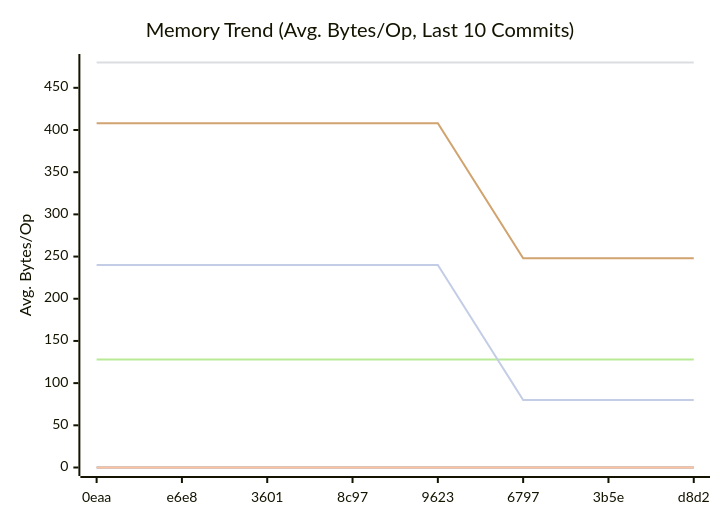
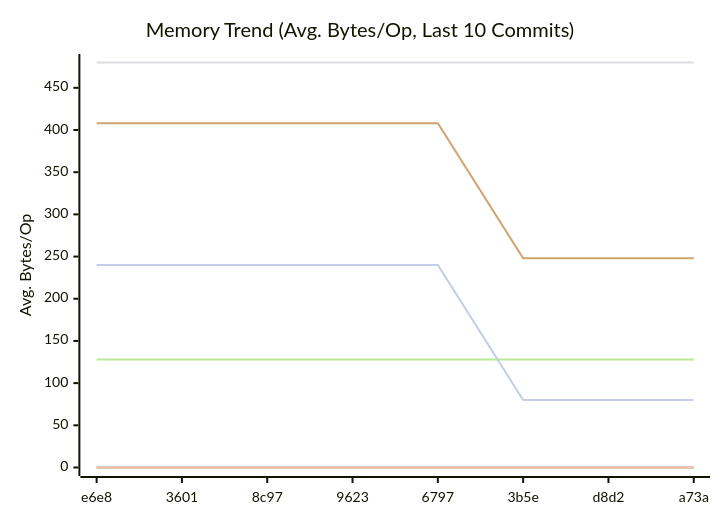
One commit to alsotoes/momo changed the second of 3 diagrams in docs/README.md. Above: the diagram before and after it, drawn with Mermaid. The commit also changed other lines of this file and 1 other file, not shown here.

````diff
--- a/docs/README.md
+++ b/docs/README.md
@@ -318,14 +318,14 @@
 ```mermaid
 xychart-beta
     title "Memory Trend (Avg. Bytes/Op, Last 10 Commits)"
     x-axis "Commit"
     y-axis "Avg. Bytes/Op"
-    x-axis [0eaa,e6e8,3601,8c97,9623,6797,3b5e,d8d2]
+    x-axis [e6e8,3601,8c97,9623,6797,3b5e,d8d2,a73a]
     line "CheckMetricsAndSwap" [0,0,0,0,0,0,0,0,0,0]
     line "IndexDirectTracking" [0,0,0,0,0,0,0,0,0,0]
     line "IndexSearch" [0,0,0,0,0,0,0,0,0,0]
     line "LoadGlobalConfig" [480,480,480,480,480,480,480,480,480,480]
     line "PadString" [128,128,128,128,128,128,128,128,128,128]
     line "ParseReplicationOrder_NoPrealloc" [408,408,408,408,408,248,248,248,248,248]
     line "ParseReplicationOrder_Prealloc" [240,240,240,240,240,80,80,80,80,80]
 ```
````
